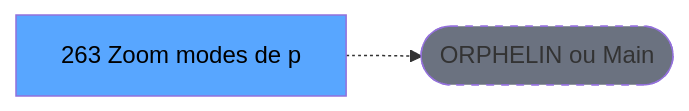
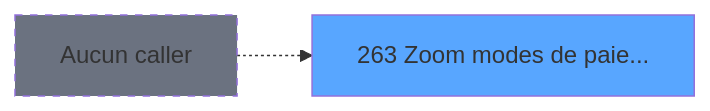
One commit to thonyAGP/magic-migration changed the second of 3 diagrams in .openspec/specs/ADH-IDE-263.md. Above: the diagram before and after it, drawn with Mermaid. The commit also changed other lines of this file and 493 other files, not shown here.

````diff
--- a/.openspec/specs/ADH-IDE-263.md
+++ b/.openspec/specs/ADH-IDE-263.md
@@ -121,8 +171,8 @@
 ```mermaid
 graph LR
-    T[263 Zoom modes de p]
-    ORPHAN([ORPHELIN ou Main])
-    T -.-> ORPHAN
-    style T fill:#58a6ff,color:#000
-    style ORPHAN fill:#6b7280,stroke-dasharray: 5 5
+    T263[263 Zoom modes de paie...]
+    style T263 fill:#58a6ff
+    NONE[Aucun caller]
+    NONE -.-> T263
+    style NONE fill:#6b7280,stroke-dasharray: 5 5
 ```
````
